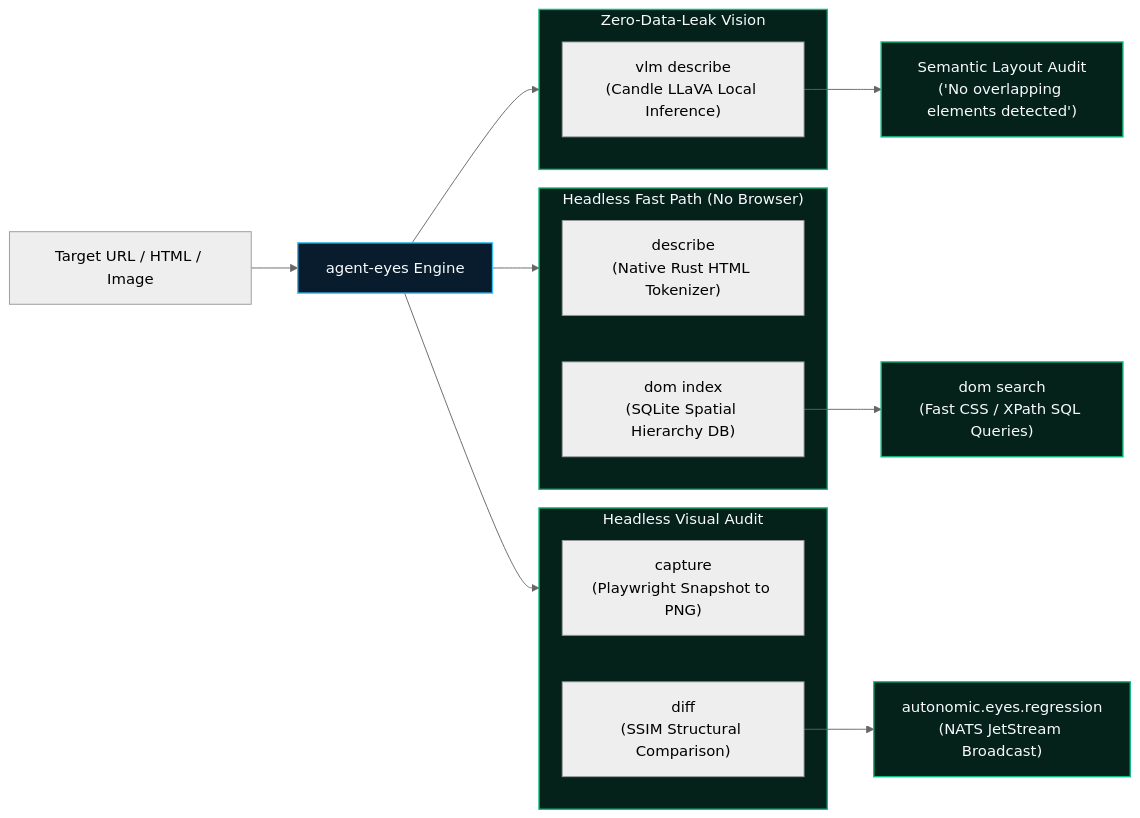
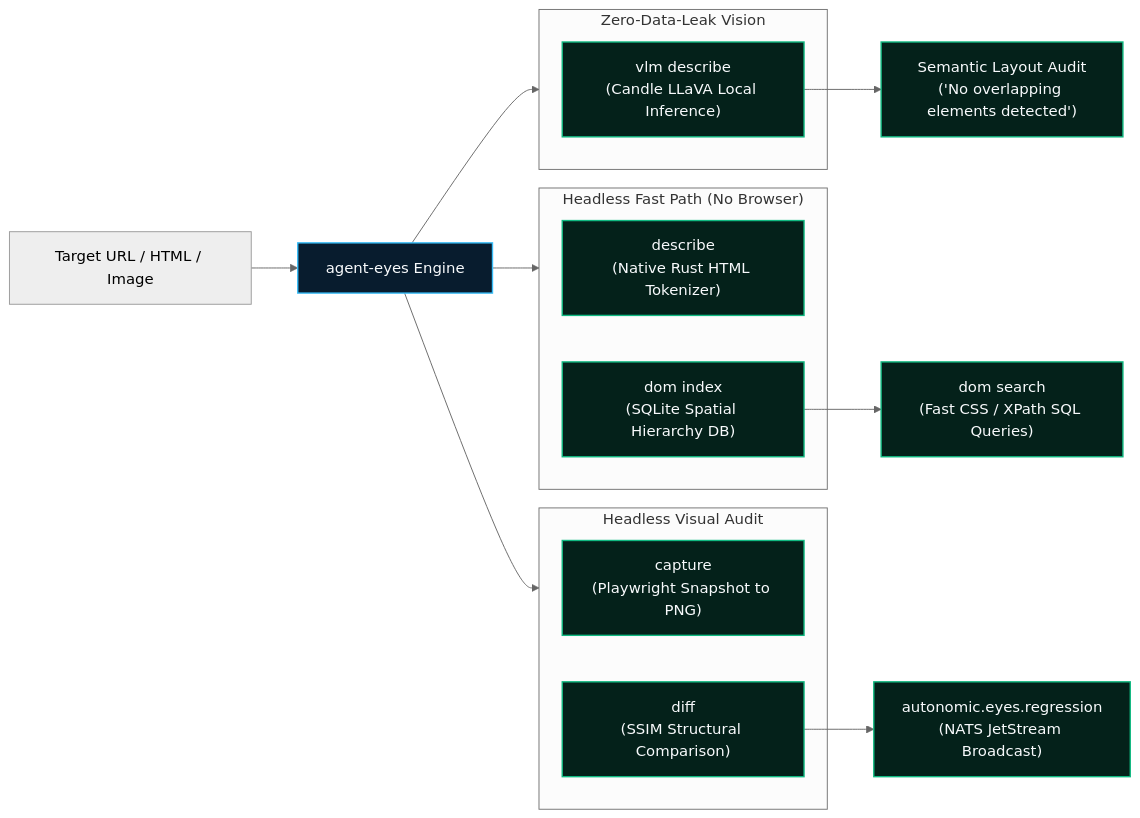
The diagram in src/routes/docs/visual-qa/+page.md (autonomic-ai-dev/website), drawn with Mermaid (neutral theme) before and after one commit. The commit also changed 17 other files, not shown here.

Commit message:
fix(docs): resolve mermaid chart syntax, add organ utility usage docs & blogs

````diff
--- a/src/routes/docs/visual-qa/+page.md
+++ b/src/routes/docs/visual-qa/+page.md
@@ -9,31 +9,31 @@
 ```mermaid
 flowchart LR
     Input["Target URL / HTML / Image"] --> Router["agent-eyes Engine"]
 
     subgraph FastPath["Headless Fast Path (No Browser)"]
         Describe["describe\n(Native Rust HTML Tokenizer)"]
         Index["dom index\n(SQLite Spatial Hierarchy DB)"]
     end
 
     subgraph VisualPath["Headless Visual Audit"]
         Capture["capture\n(Playwright Snapshot to PNG)"]
         Diff["diff\n(SSIM Structural Comparison)"]
     end
 
     subgraph LocalVLM["Zero-Data-Leak Vision"]
         VLM["vlm describe\n(Candle LLaVA Local Inference)"]
     end
 
     Router --> FastPath
     Router --> VisualPath
     Router --> LocalVLM
 
-    Index --> Search["dom search\n(Fast CSS / XPath SQL Queries)"]
-    Diff --> Event["autonomic.eyes.regression\n(NATS JetStream Broadcast)"]
-    VLM --> Caption["Semantic Layout Audit\n('No overlapping elements detected')"]
+    Index --> Search["dom search<br/>(Fast CSS / XPath SQL Queries)"]
+    Diff --> Event["autonomic.eyes.regression<br/>(NATS JetStream Broadcast)"]
+    VLM --> Caption["Semantic Layout Audit<br/>('No overlapping elements detected')"]
 
     classDef core fill:#081c2e,stroke:#38bdf8,stroke-width:1.5px,color:#f8fafc;
     classDef path fill:#04211a,stroke:#10b981,stroke-width:1.5px,color:#f8fafc;
     class Router core;
-    class FastPath,VisualPath,LocalVLM,Search,Event,Caption path;
+    class Describe,Index,Capture,Diff,VLM,Search,Event,Caption path;
 ```
````
